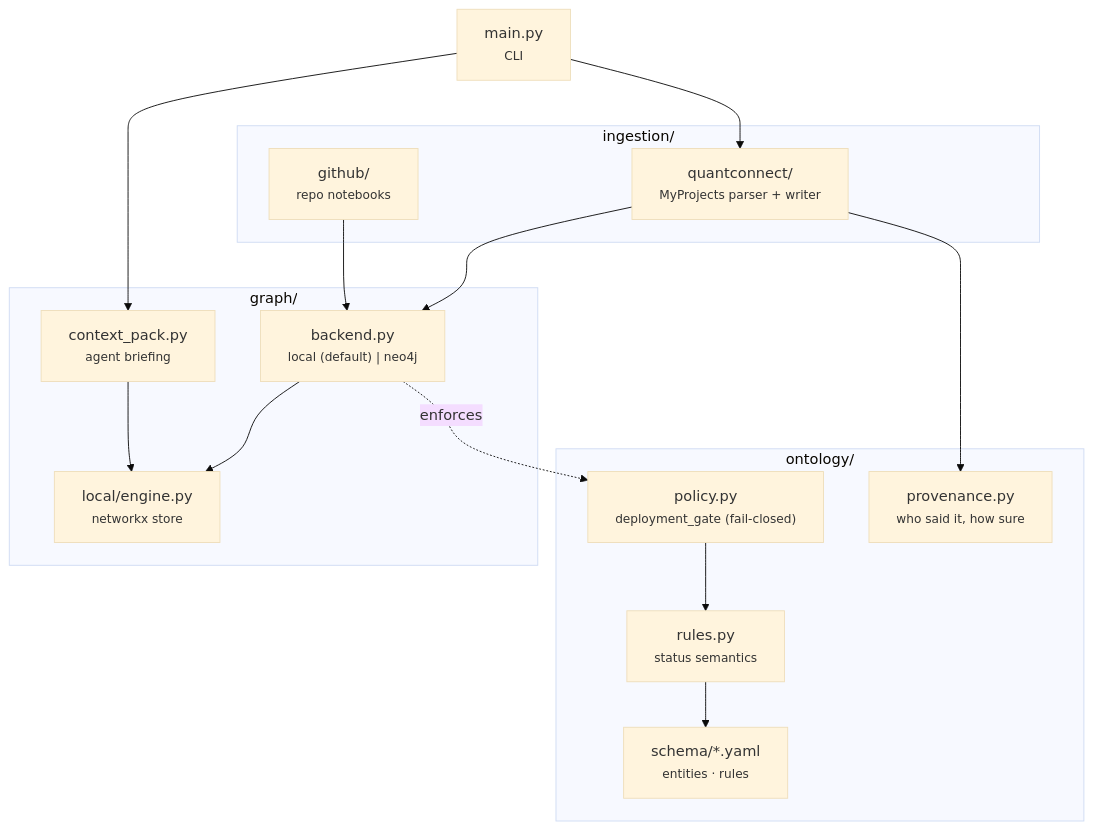
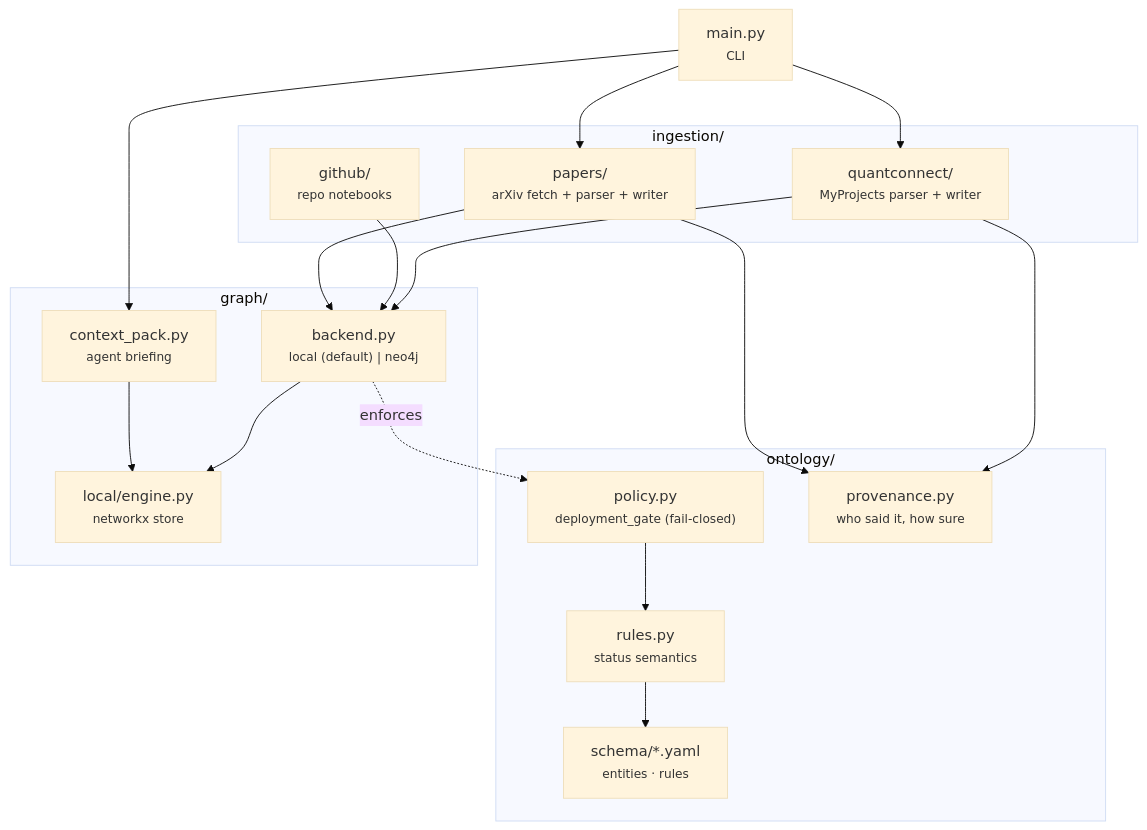
One commit to WolfpackOfOne/Q-agent changed the diagram in agent_graph_system/README.md. Above: the diagram before and after it, drawn with Mermaid (base theme). The commit also changed other lines of this file and 3 other files, not shown here.

````diff
--- a/agent_graph_system/README.md
+++ b/agent_graph_system/README.md
@@ -37,33 +37,37 @@
 ```mermaid
 graph TD
     subgraph Ingestion["ingestion/"]
         GH["github/<br/><small>repo notebooks</small>"]
         QC["quantconnect/<br/><small>MyProjects parser + writer</small>"]
+        PAPERS["papers/<br/><small>arXiv fetch + parser + writer</small>"]
     end
 
     subgraph Ontology["ontology/"]
         RULES["rules.py<br/><small>status semantics</small>"]
         POLICY["policy.py<br/><small>deployment_gate (fail-closed)</small>"]
         PROV["provenance.py<br/><small>who said it, how sure</small>"]
         SCHEMA["schema/*.yaml<br/><small>entities · rules</small>"]
     end
 
     subgraph Graph["graph/"]
         BACKEND["backend.py<br/><small>local (default) | neo4j</small>"]
         ENGINE["local/engine.py<br/><small>networkx store</small>"]
         CP["context_pack.py<br/><small>agent briefing</small>"]
     end
 
     CLI["main.py<br/><small>CLI</small>"]
 
     QC --> PROV
     QC --> BACKEND
     GH --> BACKEND
+    PAPERS --> PROV
+    PAPERS --> BACKEND
     BACKEND --> ENGINE
     POLICY --> RULES
     RULES --> SCHEMA
     BACKEND -. enforces .-> POLICY
     CP --> ENGINE
     CLI --> QC
+    CLI --> PAPERS
     CLI --> CP
 ```
````
